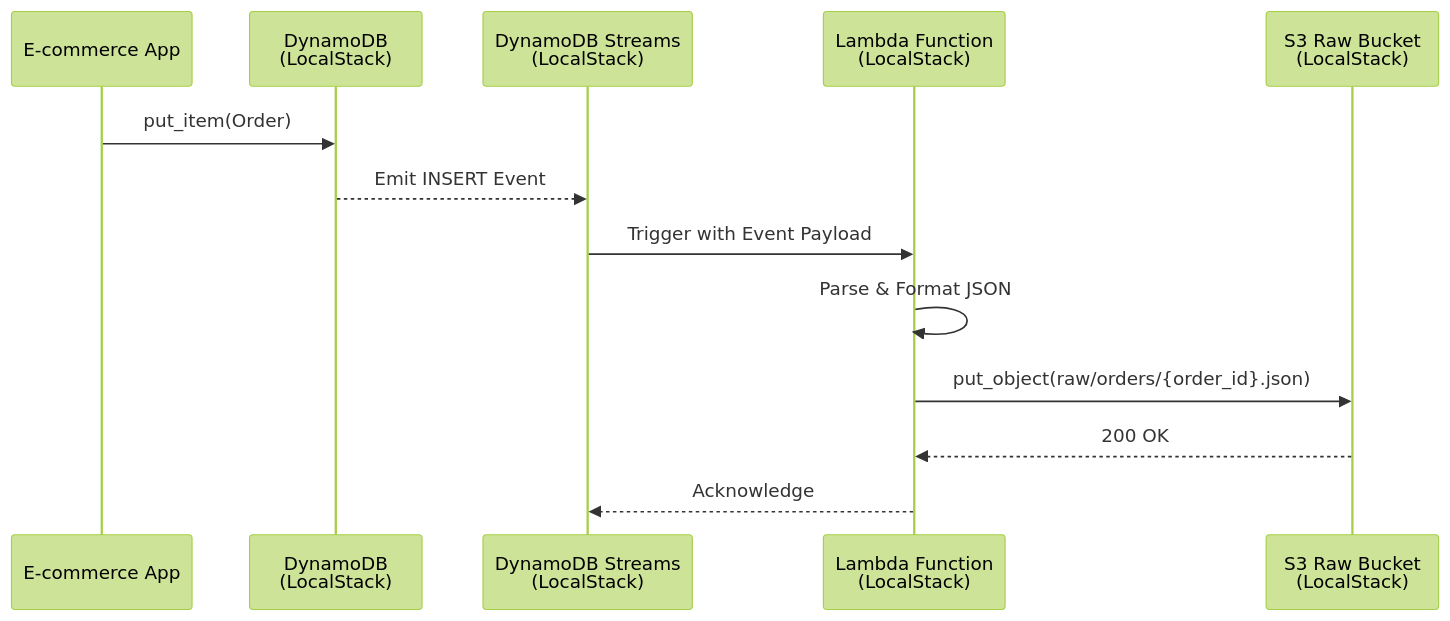
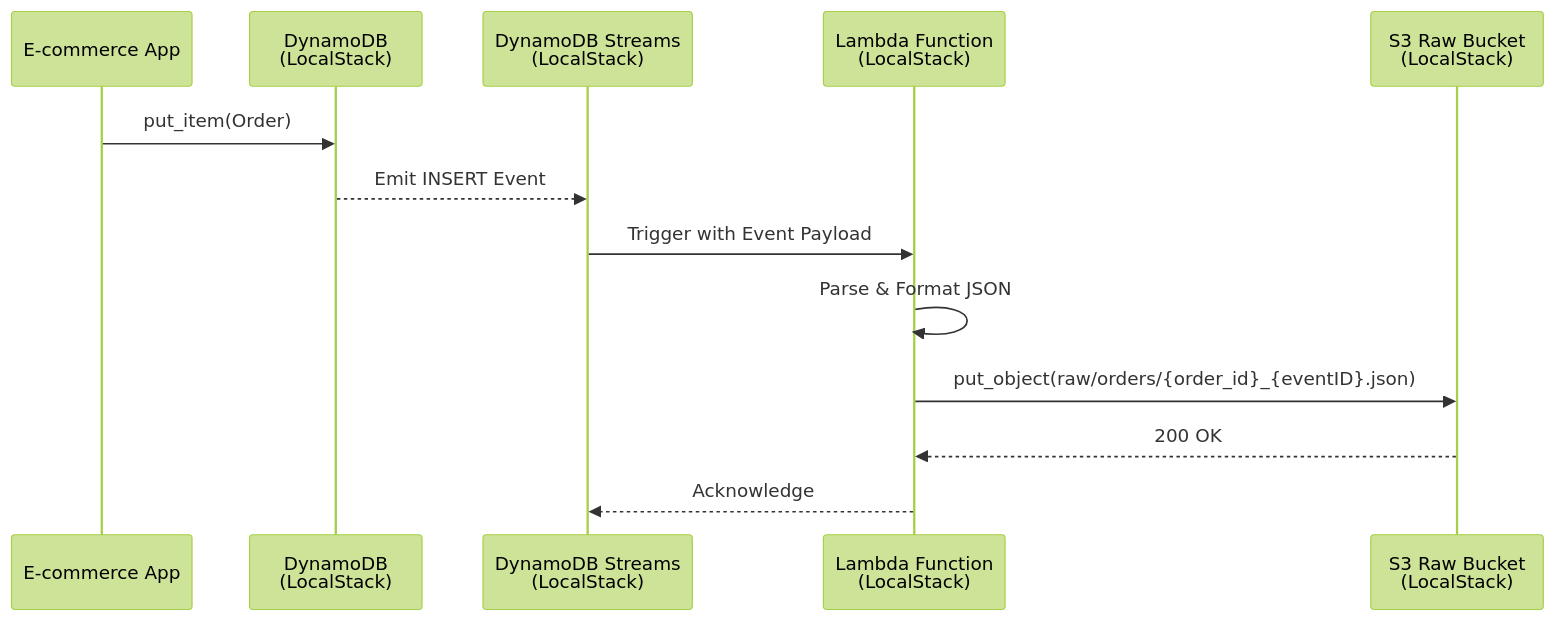
One commit to arsalankazi/dynamodb-airflow-lakehouse-pipeline changed the fourth of 4 diagrams in README.md. Above: the diagram before and after it, drawn with Mermaid (forest theme). The commit also changed other lines of this file and 1 other file, not shown here.

````diff
--- a/README.md
+++ b/README.md
@@ -151,16 +151,16 @@
 ```mermaid
 sequenceDiagram
     participant App as E-commerce App
     participant DDB as DynamoDB<br/>(LocalStack)
     participant Stream as DynamoDB Streams<br/>(LocalStack)
     participant Lambda as Lambda Function<br/>(LocalStack)
     participant S3 as S3 Raw Bucket<br/>(LocalStack)
 
     App->>DDB: put_item(Order)
     DDB-->>Stream: Emit INSERT Event
     Stream->>Lambda: Trigger with Event Payload
     Lambda->>Lambda: Parse & Format JSON
-    Lambda->>S3: put_object(raw/orders/{order_id}.json)
+    Lambda->>S3: put_object(raw/orders/{order_id}_{eventID}.json)
     S3-->>Lambda: 200 OK
     Lambda-->>Stream: Acknowledge
 ```
````
